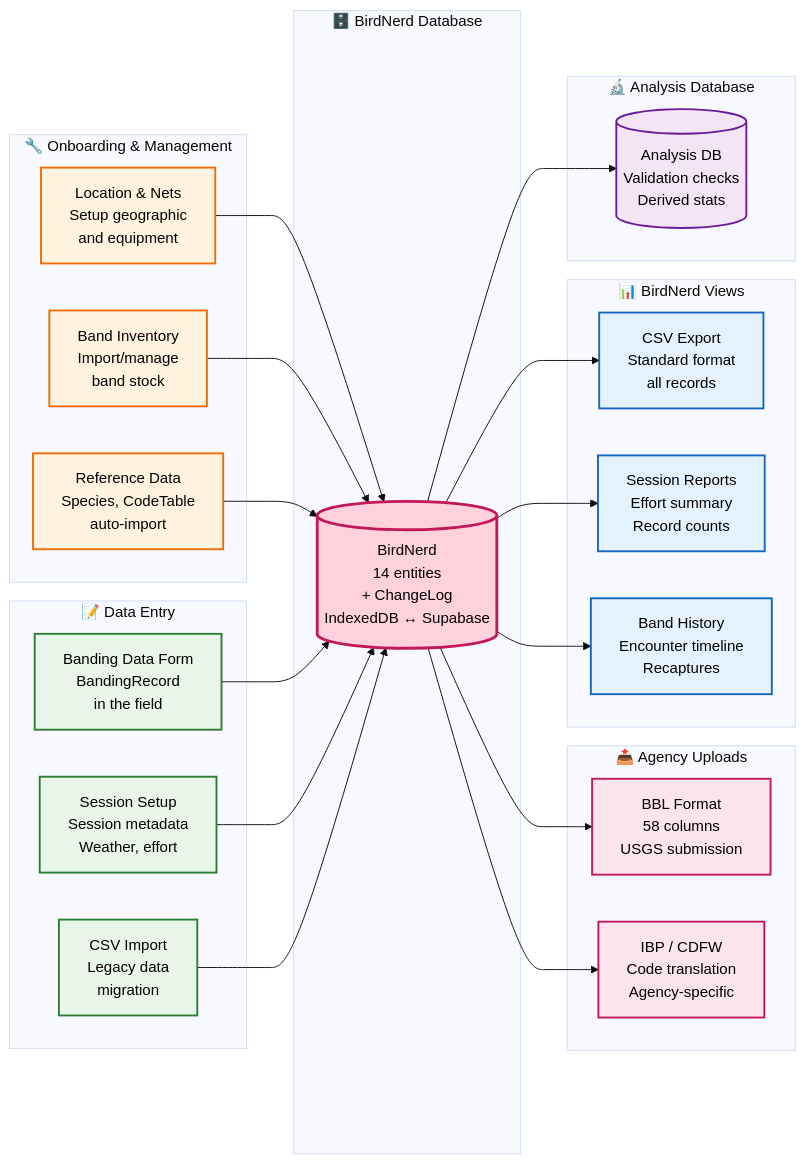
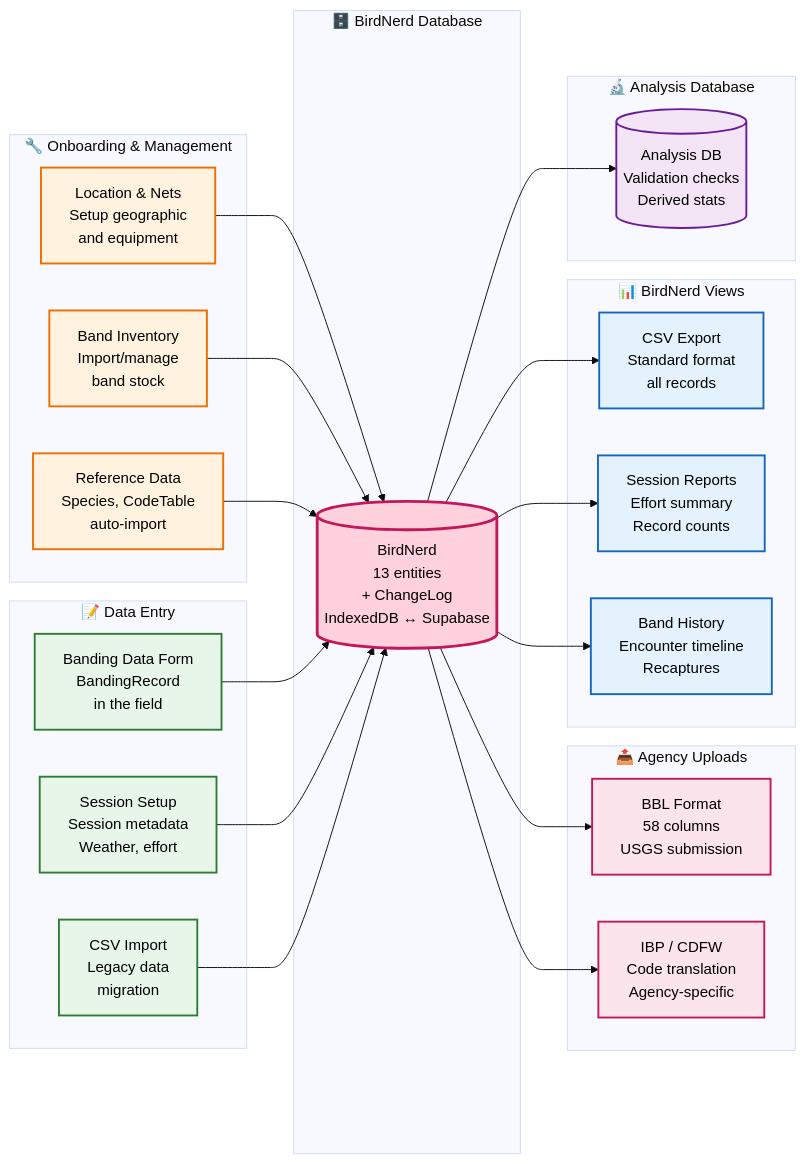
One commit to kenshih/birdnerd changed the second of 2 diagrams in docs/entities.md. Above: the diagram before and after it, drawn with Mermaid (base theme). The commit also changed other lines of this file and 4 other files, not shown here.

````diff
--- a/docs/entities.md
+++ b/docs/entities.md
@@ -250,61 +244,61 @@
 ```mermaid
 graph LR
     subgraph Onboard["🔧 Onboarding & Management"]
         A1["Location & Nets<br/>Setup geographic<br/>and equipment"]
         A2["Band Inventory<br/>Import/manage<br/>band stock"]
         A3["Reference Data<br/>Species, CodeTable<br/>auto-import"]
     end
 
     subgraph Entry["📝 Data Entry"]
         A4["Banding Data Form<br/>BandingRecord<br/>in the field"]
         A5["Session Setup<br/>Session metadata<br/>Weather, effort"]
         A6["CSV Import<br/>Legacy data<br/>migration"]
     end
 
     subgraph Model["🗄️ BirdNerd Database"]
-        B[("BirdNerd<br/>14 entities<br/>+ ChangeLog<br/>IndexedDB ↔ Supabase")]
+        B[("BirdNerd<br/>13 entities<br/>+ ChangeLog<br/>IndexedDB ↔ Supabase")]
     end
 
     subgraph Upload["📤 Agency Uploads"]
         C1["BBL Format<br/>58 columns<br/>USGS submission"]
         C2["IBP / CDFW<br/>Code translation<br/>Agency-specific"]
     end
 
     subgraph Views["📊 BirdNerd Views"]
         C3["CSV Export<br/>Standard format<br/>all records"]
         C4["Session Reports<br/>Effort summary<br/>Record counts"]
         C5["Band History<br/>Encounter timeline<br/>Recaptures"]
     end
 
     subgraph Analysis["🔬 Analysis Database"]
         C6[("Analysis DB<br/>Validation checks<br/>Derived stats")]
     end
 
     A1 --> B
     A2 --> B
     A3 --> B
     A4 --> B
     A5 --> B
     A6 --> B
 
     B --> C1
     B --> C2
     B --> C3
     B --> C4
     B --> C5
     B --> C6
 
     classDef onboardBox fill:#fff3e0,stroke:#ef6c00,stroke-width:2px,color:#000
     classDef entryBox fill:#e8f5e9,stroke:#2e7d32,stroke-width:2px,color:#000
     classDef modelBox fill:#ffd1dc,stroke:#c2185b,stroke-width:3px,color:#000
     classDef uploadBox fill:#fce4ec,stroke:#c2185b,stroke-width:2px,color:#000
     classDef viewBox fill:#e3f2fd,stroke:#1565c0,stroke-width:2px,color:#000
     classDef analysisBox fill:#f3e5f5,stroke:#6a1b9a,stroke-width:2px,color:#000
     
     class A1,A2,A3 onboardBox
     class A4,A5,A6 entryBox
     class B modelBox
     class C1,C2 uploadBox
     class C3,C4,C5 viewBox
     class C6 analysisBox
 ```
````
